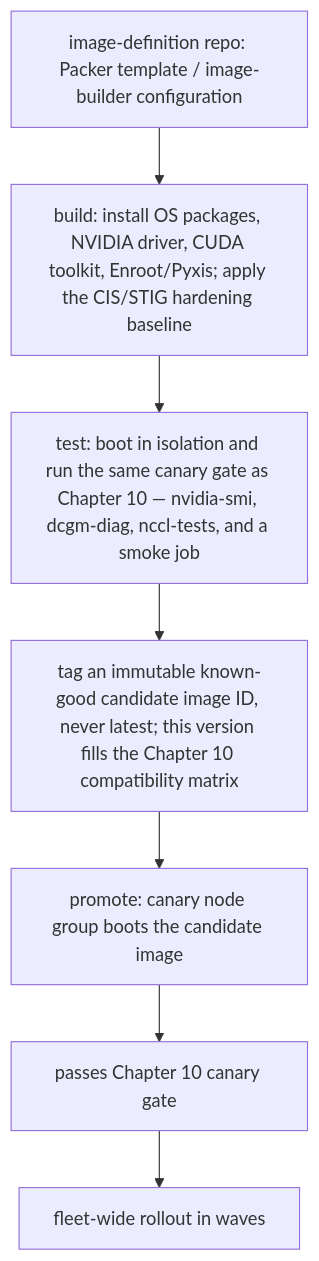
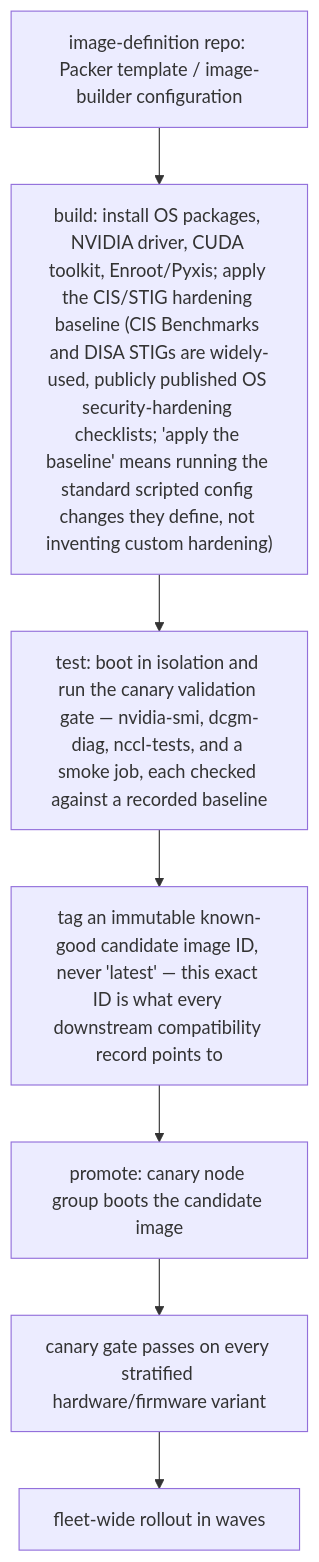
The second of 2 diagrams in docs/volume-10/11-cicd-for-infrastructure-and-cluster-configuration.md (jithinpnjm/nvidia-devops), drawn with Mermaid before and after one commit. The commit also changed other lines of this file and 3 other files, not shown here.

````diff
--- a/docs/volume-10/11-cicd-for-infrastructure-and-cluster-configuration.md
+++ b/docs/volume-10/11-cicd-for-infrastructure-and-cluster-configuration.md
@@ -99,9 +99,9 @@
 ```mermaid
 flowchart TD
   Repo["image-definition repo: Packer template / image-builder configuration"]
-  Repo --> Build["build: install OS packages, NVIDIA driver, CUDA toolkit, Enroot/Pyxis; apply the CIS/STIG hardening baseline"]
-  Build --> Test["test: boot in isolation and run the same canary gate as Chapter 10 — nvidia-smi, dcgm-diag, nccl-tests, and a smoke job"]
-  Test --> Tag["tag an immutable known-good candidate image ID, never latest; this version fills the Chapter 10 compatibility matrix"]
+  Repo --> Build["build: install OS packages, NVIDIA driver, CUDA toolkit, Enroot/Pyxis; apply the CIS/STIG hardening baseline (CIS Benchmarks and DISA STIGs are widely-used, publicly published OS security-hardening checklists; 'apply the baseline' means running the standard scripted config changes they define, not inventing custom hardening)"]
+  Build --> Test["test: boot in isolation and run the canary validation gate — nvidia-smi, dcgm-diag, nccl-tests, and a smoke job, each checked against a recorded baseline"]
+  Test --> Tag["tag an immutable known-good candidate image ID, never 'latest' — this exact ID is what every downstream compatibility record points to"]
   Tag --> Promote["promote: canary node group boots the candidate image"]
-  Promote --> Gate["passes Chapter 10 canary gate"] --> Fleet["fleet-wide rollout in waves"]
+  Promote --> Gate["canary gate passes on every stratified hardware/firmware variant"] --> Fleet["fleet-wide rollout in waves"]
 ```
````
